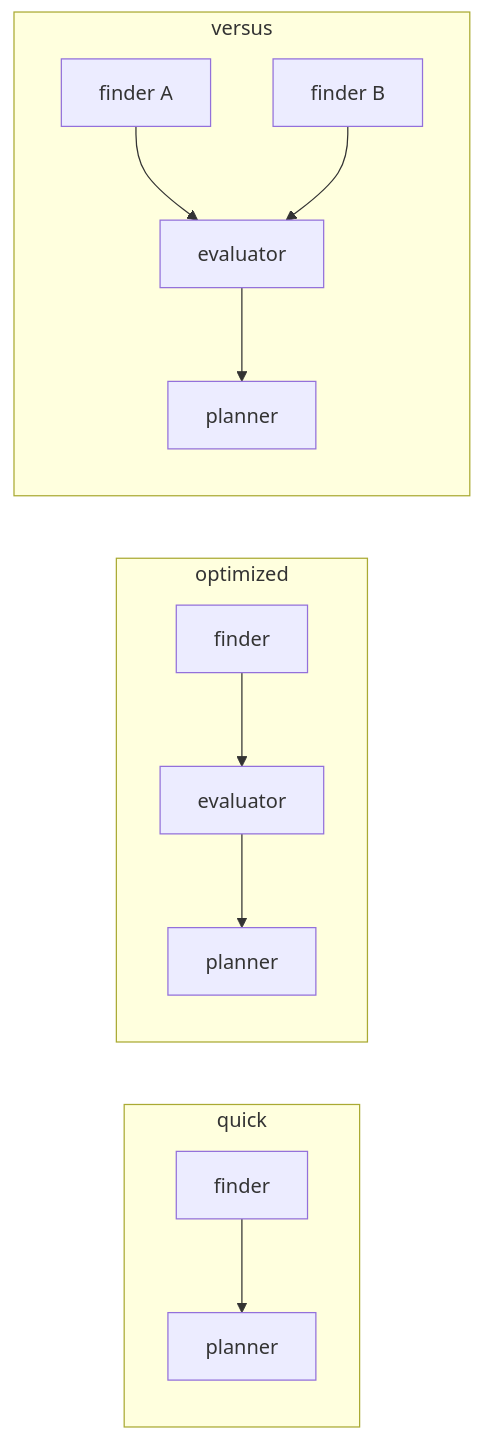
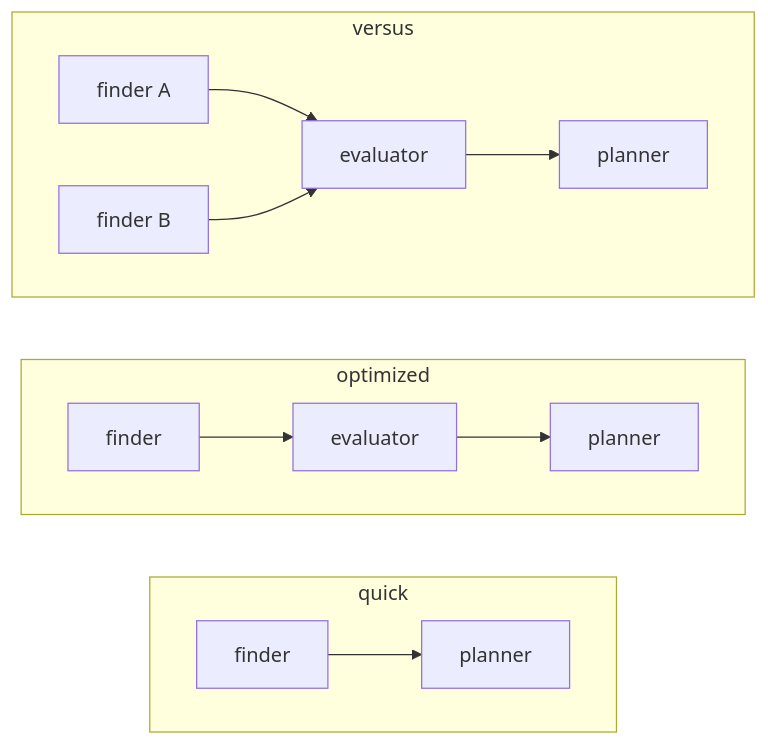
Before and after one commit to lovaizu/bp: the second of 3 diagrams in docs/cross-platform-agent-design.md, drawn with Mermaid.

Commit message:
docs: lay out setlist flowchart subgraphs left-to-right

````diff
--- a/docs/cross-platform-agent-design.md
+++ b/docs/cross-platform-agent-design.md
@@ -302,14 +302,17 @@
 ```mermaid
 flowchart LR
     subgraph quick["quick"]
+        direction LR
         q1[finder] --> q2[planner]
     end
     subgraph optimized["optimized"]
+        direction LR
         o1[finder] --> o2[evaluator] --> o3[planner]
     end
     subgraph versus["versus"]
+        direction LR
         vA["finder A"] --> vE[evaluator]
         vB["finder B"] --> vE
         vE --> vP[planner]
     end
 ```
````
